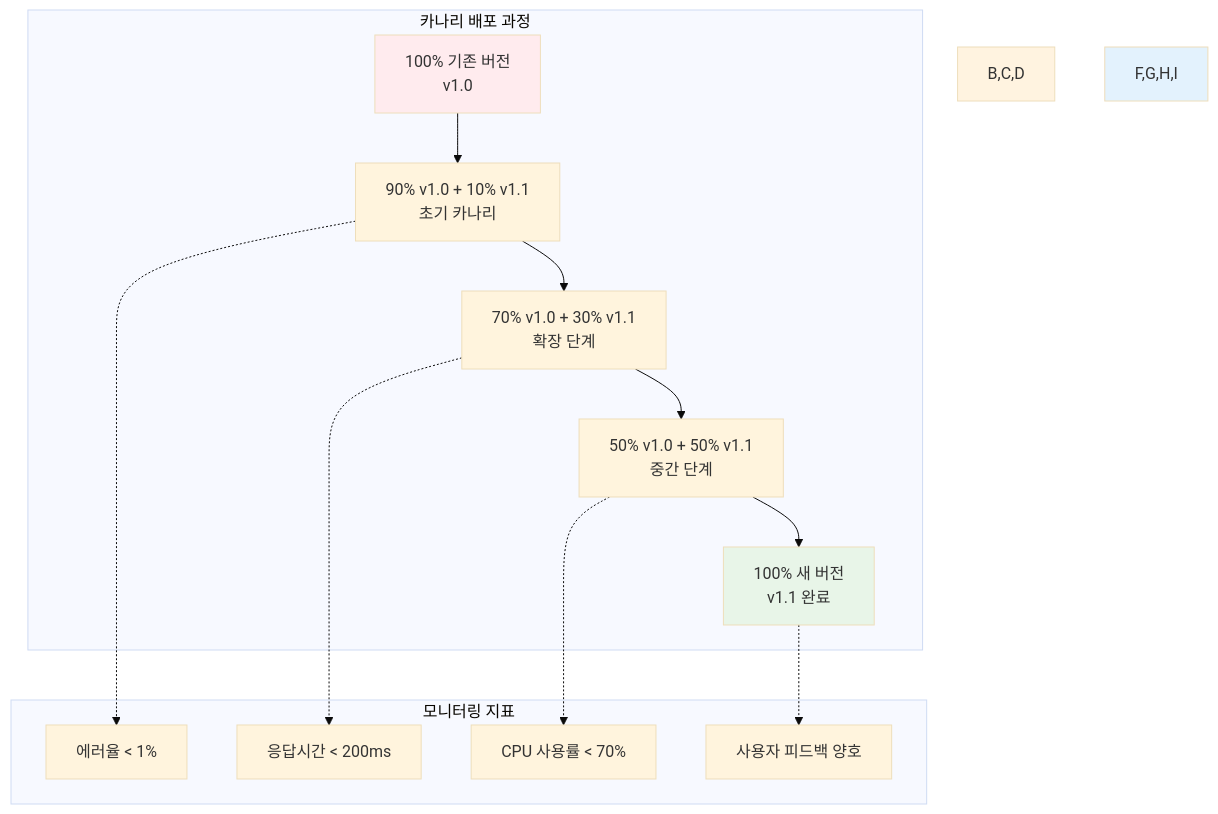
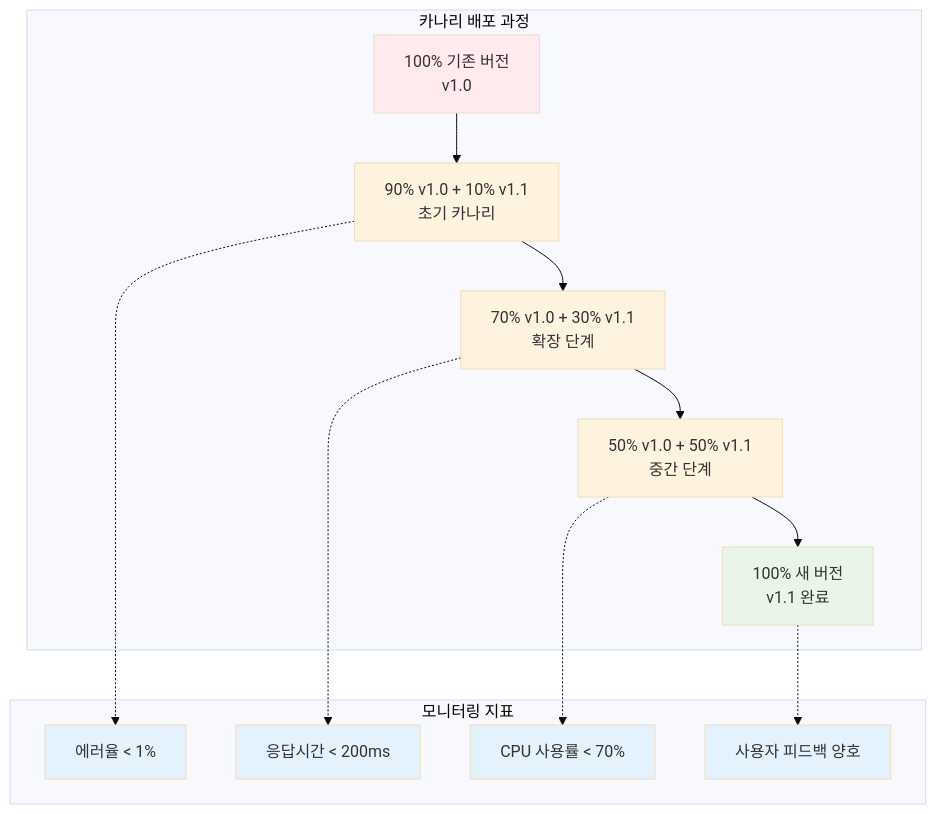
Before and after one commit to niceguy61/kdt_devops_lecture_2025: the third of 10 diagrams in theory/week_04/day4/session_2.md, drawn with Mermaid (base theme). The commit also changed other lines of this file and 2 other files, not shown here.

Commit message:
mermaid style change

````diff
--- a/theory/week_04/day4/session_2.md
+++ b/theory/week_04/day4/session_2.md
@@ -99,26 +99,31 @@
 ```mermaid
 graph TB
     subgraph "카나리 배포 과정"
         A[100% 기존 버전<br/>v1.0] --> B[90% v1.0 + 10% v1.1<br/>초기 카나리]
         B --> C[70% v1.0 + 30% v1.1<br/>확장 단계]
         C --> D[50% v1.0 + 50% v1.1<br/>중간 단계]
         D --> E[100% 새 버전<br/>v1.1 완료]
     end
     
     subgraph "모니터링 지표"
         F[에러율 < 1%]
         G[응답시간 < 200ms]
         H[CPU 사용률 < 70%]
         I[사용자 피드백 양호]
     end
     
     B -.-> F
     C -.-> G
     D -.-> H
     E -.-> I
     
     style A fill:#ffebee
-    style B,C,D fill:#fff3e0
+    style B fill:#fff3e0
+    style C fill:#fff3e0
+    style D fill:#fff3e0
     style E fill:#e8f5e8
-    style F,G,H,I fill:#e3f2fd
+    style F fill:#e3f2fd
+    style G fill:#e3f2fd
+    style H fill:#e3f2fd
+    style I fill:#e3f2fd
 ```
````
